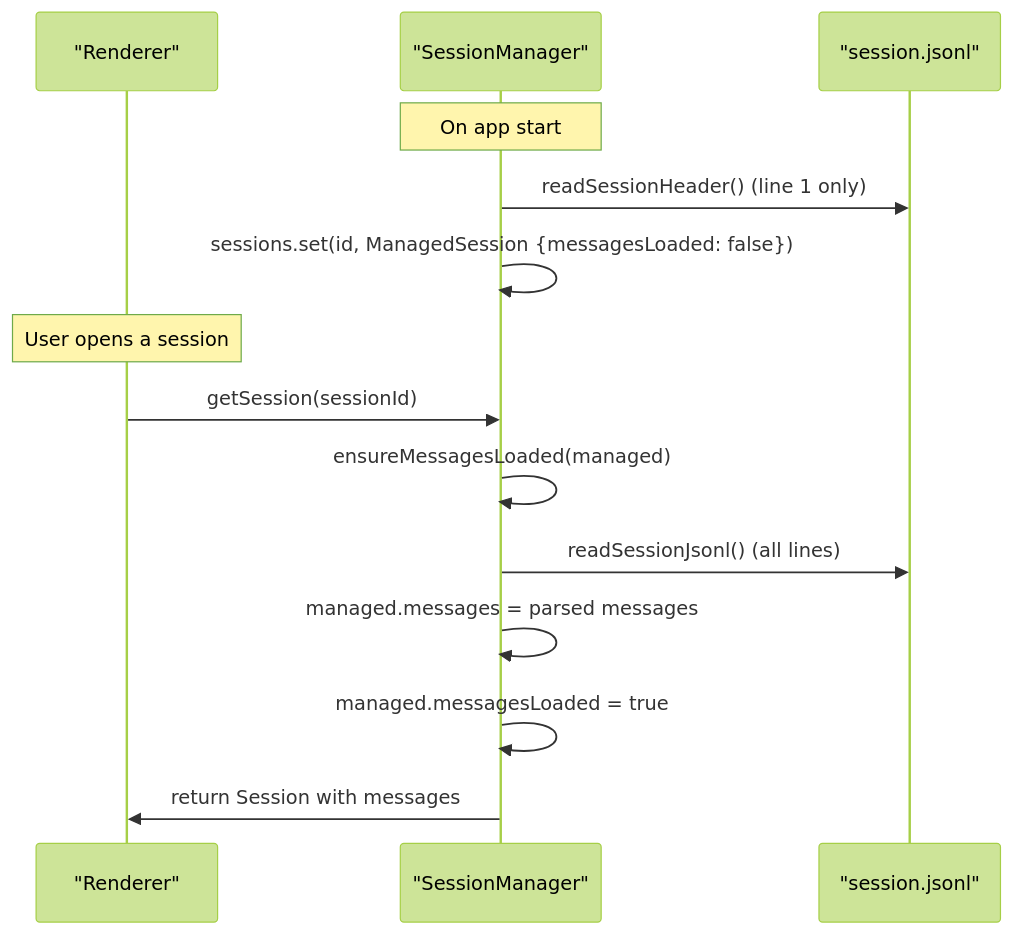
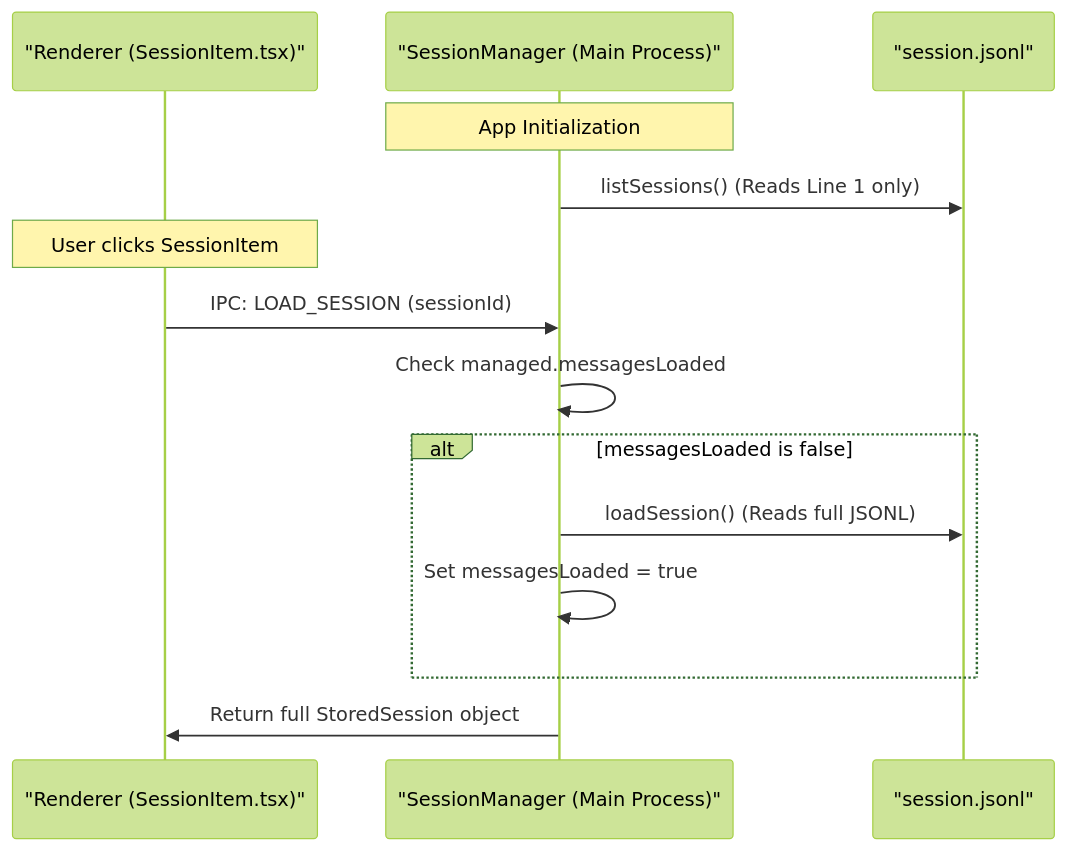
The third of 3 diagrams in docs/lukilabs_craft-agents-oss/core-concepts/sessions.md (blackcater/zentree), drawn with Mermaid (forest theme) before and after one commit. The commit also changed other lines of this file and 232 other files, not shown here.

````diff
--- a/docs/lukilabs_craft-agents-oss/core-concepts/sessions.md
+++ b/docs/lukilabs_craft-agents-oss/core-concepts/sessions.md
@@ -160,18 +145,18 @@
 ```mermaid
 sequenceDiagram
-    participant R as "Renderer"
-    participant SM as "SessionManager"
+    participant R as "Renderer (SessionItem.tsx)"
+    participant SM as "SessionManager (Main Process)"
     participant D as "session.jsonl"
 
-    Note over SM: On app start
-    SM->>D: readSessionHeader() (line 1 only)
-    SM->>SM: sessions.set(id, ManagedSession {messagesLoaded: false})
-
-    Note over R: User opens a session
-    R->>SM: getSession(sessionId)
-    SM->>SM: ensureMessagesLoaded(managed)
-    SM->>D: readSessionJsonl() (all lines)
-    SM->>SM: managed.messages = parsed messages
-    SM->>SM: managed.messagesLoaded = true
-    SM->>R: return Session with messages
+    Note over SM: App Initialization
+    SM->>D: listSessions() (Reads Line 1 only)
+    
+    Note over R: User clicks SessionItem
+    R->>SM: IPC: LOAD_SESSION (sessionId)
+    SM->>SM: Check managed.messagesLoaded
+    alt messagesLoaded is false
+        SM->>D: loadSession() (Reads full JSONL)
+        SM->>SM: Set messagesLoaded = true
+    end
+    SM->>R: Return full StoredSession object
 ```
````
